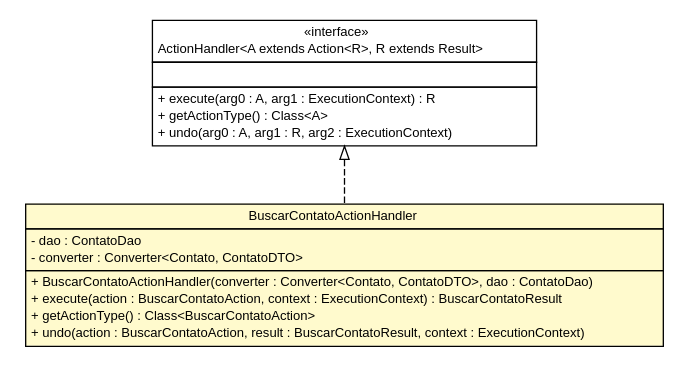
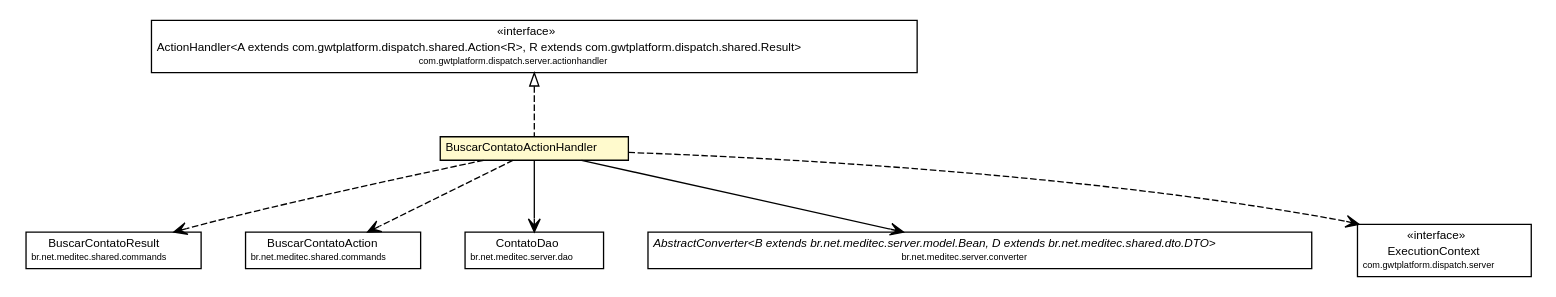
The diagram in apidocs/br/net/meditec/server/actionhandler/BuscarContatoActionHandler.dot (caarlos0-graveyard/meditec), drawn with Graphviz before and after one commit. The commit also changed 517 other files, not shown here.

```diff
--- a/apidocs/br/net/meditec/server/actionhandler/BuscarContatoActionHandler.dot
+++ b/apidocs/br/net/meditec/server/actionhandler/BuscarContatoActionHandler.dot
@@ -1,45 +1,72 @@
 #!/usr/local/bin/dot
 #
 # Class diagram 
-# Generated by UMLGraph version 5.1 (http://www.umlgraph.org/)
+# Generated by UmlGraph version 4.6 (http://www.spinellis.gr/sw/umlgraph)
 #
 
 digraph G {
 	edge [fontname="Helvetica",fontsize=10,labelfontname="Helvetica",labelfontsize=10];
 	node [fontname="Helvetica",fontsize=10,shape=plaintext];
-	nodesep=0.25;
-	ranksep=0.5;
+	// br.net.meditec.shared.commands.BuscarContatoResult
+	c6651 [label=<<table border="0" cellborder="1" cellspacing="0" cellpadding="2" port="p" href="../../shared/commands/BuscarContatoResult.html">
+		<tr><td><table border="0" cellspacing="0" cellpadding="1">
+			<tr><td> BuscarContatoResult </td></tr>
+			<tr><td><font point-size="7.0"> br.net.meditec.shared.commands </font></td></tr>
+		</table></td></tr>
+		</table>>, fontname="Helvetica", fontcolor="black", fontsize=9.0];
+	// br.net.meditec.shared.commands.BuscarContatoAction
+	c6652 [label=<<table border="0" cellborder="1" cellspacing="0" cellpadding="2" port="p" href="../../shared/commands/BuscarContatoAction.html">
+		<tr><td><table border="0" cellspacing="0" cellpadding="1">
+			<tr><td> BuscarContatoAction </td></tr>
+			<tr><td><font point-size="7.0"> br.net.meditec.shared.commands </font></td></tr>
+		</table></td></tr>
+		</table>>, fontname="Helvetica", fontcolor="black", fontsize=9.0];
+	// br.net.meditec.server.dao.ContatoDao
+	c6699 [label=<<table border="0" cellborder="1" cellspacing="0" cellpadding="2" port="p" href="../dao/ContatoDao.html">
+		<tr><td><table border="0" cellspacing="0" cellpadding="1">
+			<tr><td> ContatoDao </td></tr>
+			<tr><td><font point-size="7.0"> br.net.meditec.server.dao </font></td></tr>
+		</table></td></tr>
+		</table>>, fontname="Helvetica", fontcolor="black", fontsize=9.0];
+	// br.net.meditec.server.converter.AbstractConverter<B extends br.net.meditec.server.model.Bean, D extends br.net.meditec.shared.dto.DTO>
+	c6705 [label=<<table border="0" cellborder="1" cellspacing="0" cellpadding="2" port="p" href="../converter/AbstractConverter.html">
+		<tr><td><table border="0" cellspacing="0" cellpadding="1">
+			<tr><td><font face="Helvetica-Oblique"> AbstractConverter&lt;B extends br.net.meditec.server.model.Bean, D extends br.net.meditec.shared.dto.DTO&gt; </font></td></tr>
+			<tr><td><font point-size="7.0"> br.net.meditec.server.converter </font></td></tr>
+		</table></td></tr>
+		</table>>, fontname="Helvetica", fontcolor="black", fontsize=9.0];
 	// br.net.meditec.server.actionhandler.BuscarContatoActionHandler
-	c7191 [label=<<table title="br.net.meditec.server.actionhandler.BuscarContatoActionHandler" border="0" cellborder="1" cellspacing="0" cellpadding="2" port="p" bgcolor="lemonChiffon" href="./BuscarContatoActionHandler.html">
+	c6712 [label=<<table border="0" cellborder="1" cellspacing="0" cellpadding="2" port="p" bgcolor="lemonChiffon" href="./BuscarContatoActionHandler.html">
 		<tr><td><table border="0" cellspacing="0" cellpadding="1">
-<tr><td align="center" balign="center"> BuscarContatoActionHandler </td></tr>
+			<tr><td> BuscarContatoActionHandler </td></tr>
 		</table></td></tr>
+		</table>>, fontname="Helvetica", fontcolor="black", fontsize=9.0];
+	//br.net.meditec.server.actionhandler.BuscarContatoActionHandler implements com.gwtplatform.dispatch.server.actionhandler.ActionHandler<A extends com.gwtplatform.dispatch.shared.Action<R>, R extends com.gwtplatform.dispatch.shared.Result>
+	c6715:p -> c6712:p [dir=back,arrowtail=empty,style=dashed];
+	// br.net.meditec.server.actionhandler.BuscarContatoActionHandler NAVASSOC br.net.meditec.server.dao.ContatoDao
+	c6712:p -> c6699:p [taillabel="", label="", headlabel="", fontname="Helvetica", fontcolor="black", fontsize=10.0, color="black", arrowhead=open];
+	// br.net.meditec.server.actionhandler.BuscarContatoActionHandler NAVASSOC br.net.meditec.server.converter.AbstractConverter<B extends br.net.meditec.server.model.Bean, D extends br.net.meditec.shared.dto.DTO>
+	c6712:p -> c6705:p [taillabel="", label="", headlabel="", fontname="Helvetica", fontcolor="black", fontsize=10.0, color="black", arrowhead=open];
+	// br.net.meditec.server.actionhandler.BuscarContatoActionHandler DEPEND br.net.meditec.shared.commands.BuscarContatoResult
+	c6712:p -> c6651:p [taillabel="", label="", headlabel="", fontname="Helvetica", fontcolor="black", fontsize=10.0, color="black", arrowhead=open, style=dashed];
+	// br.net.meditec.server.actionhandler.BuscarContatoActionHandler DEPEND br.net.meditec.shared.commands.BuscarContatoAction
+	c6712:p -> c6652:p [taillabel="", label="", headlabel="", fontname="Helvetica", fontcolor="black", fontsize=10.0, color="black", arrowhead=open, style=dashed];
+	// br.net.meditec.server.actionhandler.BuscarContatoActionHandler DEPEND com.gwtplatform.dispatch.server.ExecutionContext
+	c6712:p -> c6716:p [taillabel="", label="", headlabel="", fontname="Helvetica", fontcolor="black", fontsize=10.0, color="black", arrowhead=open, style=dashed];
+	// com.gwtplatform.dispatch.server.ExecutionContext
+	c6716 [label=<<table border="0" cellborder="1" cellspacing="0" cellpadding="2" port="p" href="http://java.sun.com/j2se/1.4.2/docs/api/com/gwtplatform/dispatch/server/ExecutionContext.html">
 		<tr><td><table border="0" cellspacing="0" cellpadding="1">
-<tr><td align="left" balign="left"> - dao : ContatoDao </td></tr>
-<tr><td align="left" balign="left"> - converter : Converter&lt;Contato, ContatoDTO&gt; </td></tr>
+			<tr><td> &laquo;interface&raquo; </td></tr>
+			<tr><td> ExecutionContext </td></tr>
+			<tr><td><font point-size="7.0"> com.gwtplatform.dispatch.server </font></td></tr>
 		</table></td></tr>
+		</table>>, fontname="Helvetica", fontcolor="black", fontsize=9.0];
+	// com.gwtplatform.dispatch.server.actionhandler.ActionHandler<A extends com.gwtplatform.dispatch.shared.Action<R>, R extends com.gwtplatform.dispatch.shared.Result>
+	c6715 [label=<<table border="0" cellborder="1" cellspacing="0" cellpadding="2" port="p" href="http://java.sun.com/j2se/1.4.2/docs/api/com/gwtplatform/dispatch/server/actionhandler/ActionHandler.html">
 		<tr><td><table border="0" cellspacing="0" cellpadding="1">
-<tr><td align="left" balign="left"> + BuscarContatoActionHandler(converter : Converter&lt;Contato, ContatoDTO&gt;, dao : ContatoDao) </td></tr>
-<tr><td align="left" balign="left"> + execute(action : BuscarContatoAction, context : ExecutionContext) : BuscarContatoResult </td></tr>
-<tr><td align="left" balign="left"> + getActionType() : Class&lt;BuscarContatoAction&gt; </td></tr>
-<tr><td align="left" balign="left"> + undo(action : BuscarContatoAction, result : BuscarContatoResult, context : ExecutionContext) </td></tr>
+			<tr><td> &laquo;interface&raquo; </td></tr>
+			<tr><td> ActionHandler&lt;A extends com.gwtplatform.dispatch.shared.Action&lt;R&gt;, R extends com.gwtplatform.dispatch.shared.Result&gt; </td></tr>
+			<tr><td><font point-size="7.0"> com.gwtplatform.dispatch.server.actionhandler </font></td></tr>
 		</table></td></tr>
-		</table>>, fontname="Helvetica", fontcolor="black", fontsize=10.0];
-	//br.net.meditec.server.actionhandler.BuscarContatoActionHandler implements com.gwtplatform.dispatch.server.actionhandler.ActionHandler<A extends com.gwtplatform.dispatch.shared.Action<R>, R extends com.gwtplatform.dispatch.shared.Result>
-	c7194:p -> c7191:p [dir=back,arrowtail=empty,style=dashed];
-	// com.gwtplatform.dispatch.server.actionhandler.ActionHandler<A extends com.gwtplatform.dispatch.shared.Action<R>, R extends com.gwtplatform.dispatch.shared.Result>
-	c7194 [label=<<table title="com.gwtplatform.dispatch.server.actionhandler.ActionHandler" border="0" cellborder="1" cellspacing="0" cellpadding="2" port="p" href="http://java.sun.com/j2se/1.4.2/docs/api/com/gwtplatform/dispatch/server/actionhandler/ActionHandler.html">
-		<tr><td><table border="0" cellspacing="0" cellpadding="1">
-<tr><td align="center" balign="center"> &#171;interface&#187; </td></tr>
-<tr><td align="center" balign="center"> ActionHandler&lt;A extends Action&lt;R&gt;, R extends Result&gt; </td></tr>
-		</table></td></tr>
-		<tr><td><table border="0" cellspacing="0" cellpadding="1">
-<tr><td align="left" balign="left">  </td></tr>
-		</table></td></tr>
-		<tr><td><table border="0" cellspacing="0" cellpadding="1">
-<tr><td align="left" balign="left"> + execute(arg0 : A, arg1 : ExecutionContext) : R </td></tr>
-<tr><td align="left" balign="left"> + getActionType() : Class&lt;A&gt; </td></tr>
-<tr><td align="left" balign="left"> + undo(arg0 : A, arg1 : R, arg2 : ExecutionContext) </td></tr>
-		</table></td></tr>
-		</table>>, fontname="Helvetica", fontcolor="black", fontsize=10.0];
+		</table>>, fontname="Helvetica", fontcolor="black", fontsize=9.0];
 }
```
